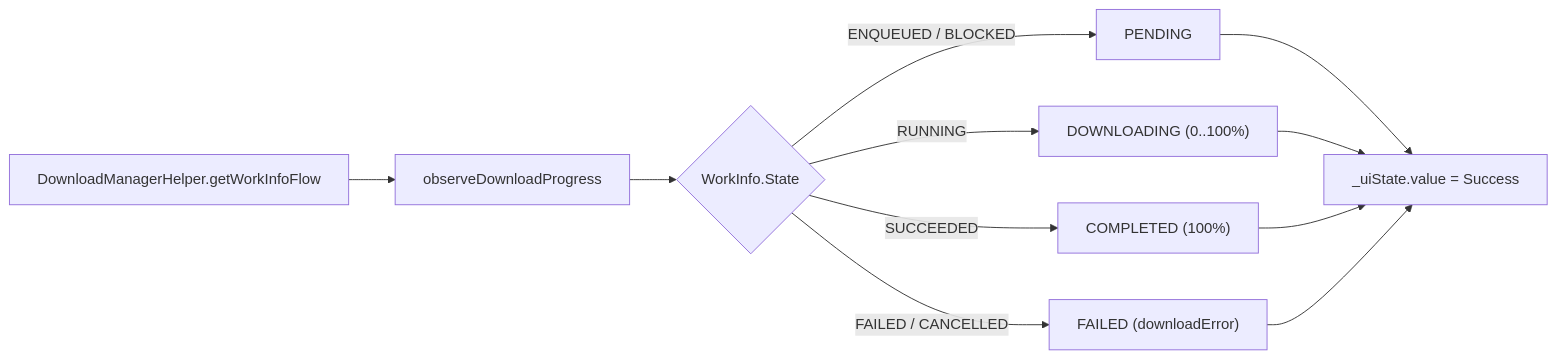
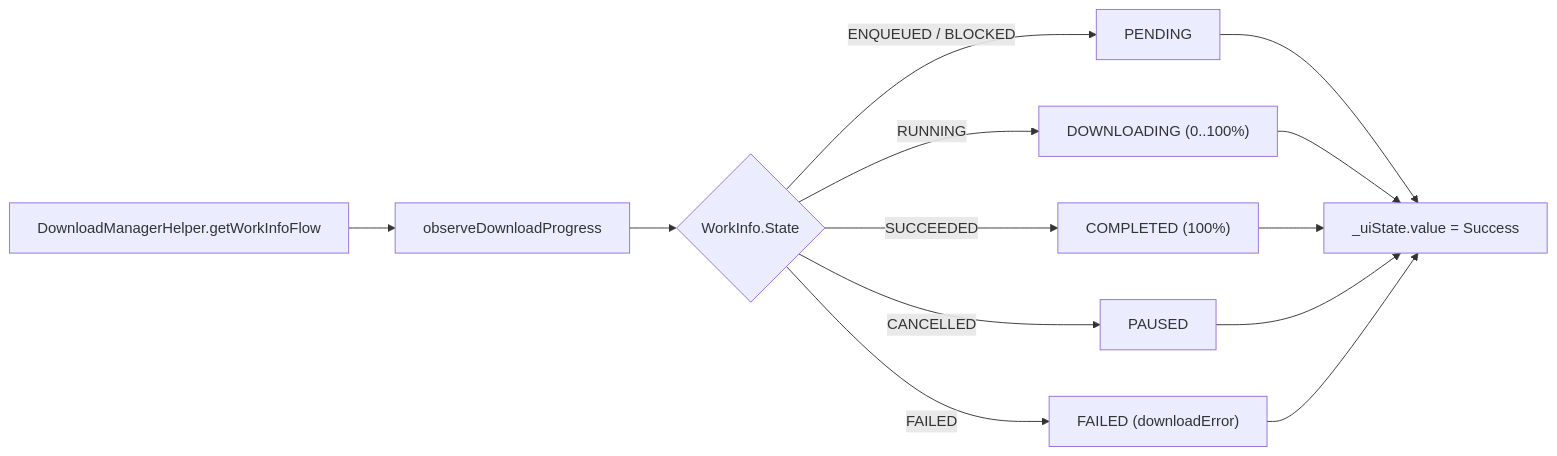
One commit to prayogizan/IMIT changed the third of 5 diagrams in engineer_docs/data_flow.md. Above: the diagram before and after it, drawn with Mermaid. The commit also changed other lines of this file and 12 other files, not shown here.

````diff
--- a/engineer_docs/data_flow.md
+++ b/engineer_docs/data_flow.md
@@ -62,13 +67,15 @@
 ```mermaid
 flowchart LR
     A[DownloadManagerHelper.getWorkInfoFlow] --> B[observeDownloadProgress]
     B --> C{WorkInfo.State}
     C -->|ENQUEUED / BLOCKED| D[PENDING]
     C -->|RUNNING| E["DOWNLOADING (0..100%)"]
     C -->|SUCCEEDED| F["COMPLETED (100%)"]
-    C -->|FAILED / CANCELLED| G["FAILED (downloadError)"]
-    D --> H[_uiState.value = Success]
-    E --> H
-    F --> H
-    G --> H
+    C -->|CANCELLED| G["PAUSED"]
+    C -->|FAILED| H["FAILED (downloadError)"]
+    D --> I[_uiState.value = Success]
+    E --> I
+    F --> I
+    G --> I
+    H --> I
 ```
````
